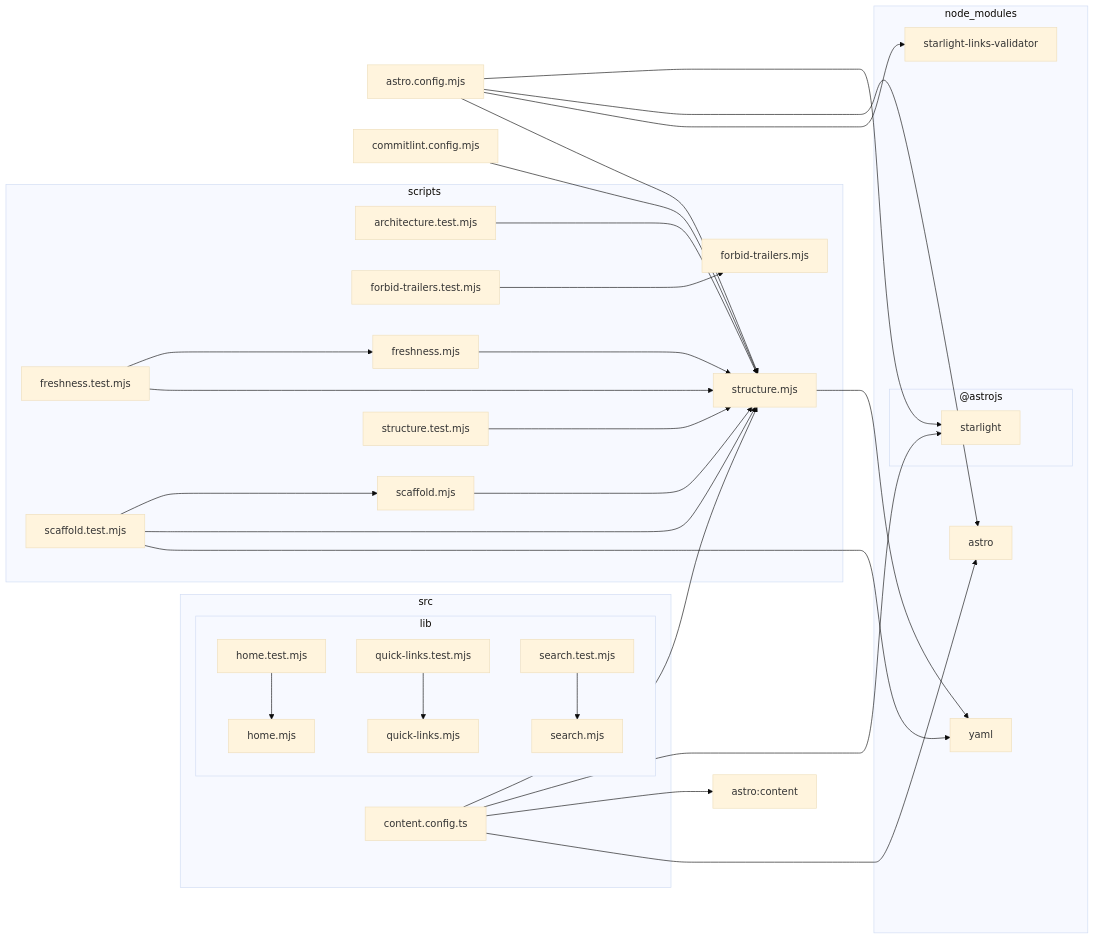
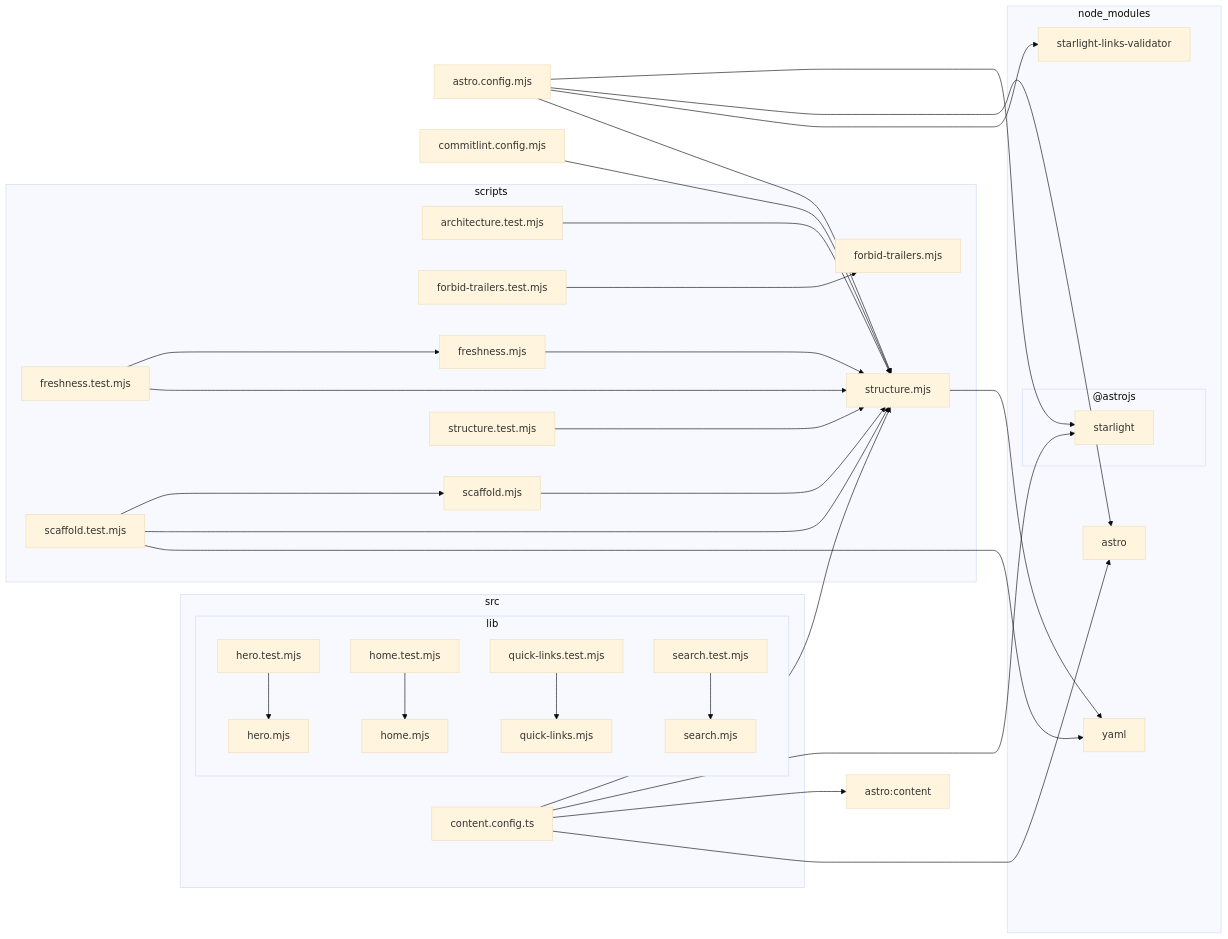
The diagram in docs/architecture.mmd (FilipTw/claude-craft), drawn with Mermaid (base theme) before and after one commit. The commit also changed 4 other files, not shown here.

```diff
--- a/docs/architecture.mmd
+++ b/docs/architecture.mmd
@@ -1,58 +1,61 @@
 flowchart LR
 
 0["astro.config.mjs"]
 1["astro:content"]
 2["commitlint.config.mjs"]
 subgraph 3["node_modules"]
 subgraph 4["@astrojs"]
 5["starlight"]
 end
 6["astro"]
 7["starlight-links-validator"]
 8["yaml"]
 end
 subgraph 9["scripts"]
 A["architecture.test.mjs"]
 B["forbid-trailers.mjs"]
 C["forbid-trailers.test.mjs"]
 D["freshness.mjs"]
 E["freshness.test.mjs"]
 F["scaffold.mjs"]
 G["scaffold.test.mjs"]
 H["structure.mjs"]
 I["structure.test.mjs"]
 end
 subgraph J["src"]
 K["content.config.ts"]
 subgraph L["lib"]
-M["home.mjs"]
-N["home.test.mjs"]
-O["quick-links.mjs"]
-P["quick-links.test.mjs"]
-Q["search.mjs"]
-R["search.test.mjs"]
+M["hero.mjs"]
+N["hero.test.mjs"]
+O["home.mjs"]
+P["home.test.mjs"]
+Q["quick-links.mjs"]
+R["quick-links.test.mjs"]
+S["search.mjs"]
+T["search.test.mjs"]
 end
 end
 0-->H
 0-->5
 0-->6
 0-->7
 2-->H
 A-->H
 C-->B
 D-->H
 E-->D
 E-->H
 F-->H
 G-->F
 G-->H
 G-->8
 H-->8
 I-->H
 K-->H
 K-->5
 K-->1
 K-->6
 N-->M
 P-->O
 R-->Q
+T-->S
```
